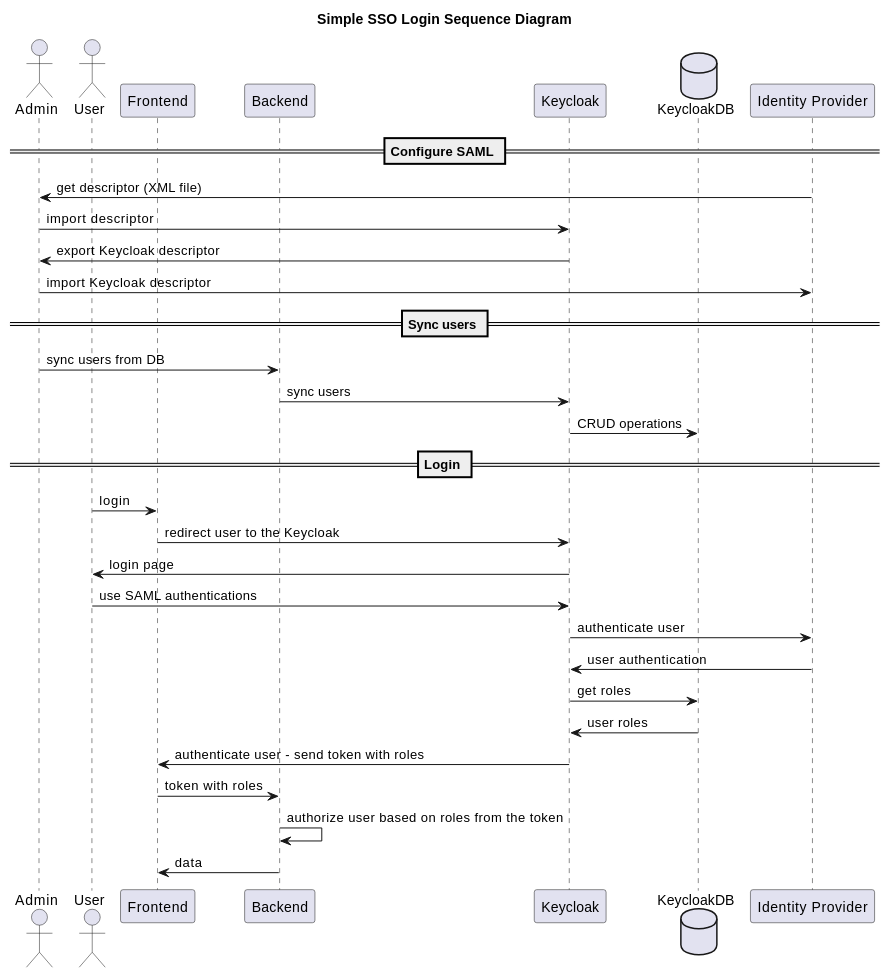
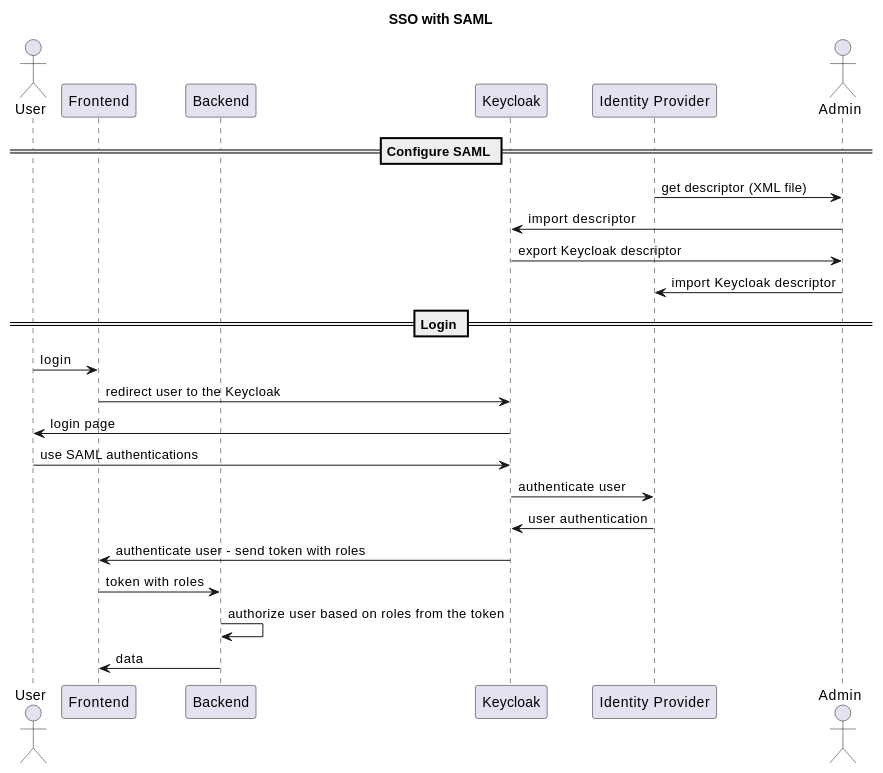
Before and after one commit to ngraczykowski/iris-root: the third of 6 diagrams in modules/webapp/sens-webapp-documentation/src/docs/asciidoc/hld/2020-10-15_auth-process.adoc, drawn with PlantUML. The commit also changed 1 other file, not shown here.

Commit message:
INTERNAL: Update sep-auth to 1.5.0, remove debug profile

```diff
--- a/modules/webapp/sens-webapp-documentation/src/docs/asciidoc/hld/2020-10-15_auth-process.adoc
+++ b/modules/webapp/sens-webapp-documentation/src/docs/asciidoc/hld/2020-10-15_auth-process.adoc
@@ -89,43 +89,43 @@
 [plantuml,Simple-SSO-Login-Sequence-Diagram,svg]
 -----
 @startuml
-title Simple SSO Login Sequence Diagram
+title SSO with SAML
 
-actor Admin
 actor User
 participant Frontend
 participant Backend
 participant Keycloak
-database KeycloakDB
+'database KeycloakDB
 participant idp as "Identity Provider"
+actor Admin
 
 == Configure SAML ==
 
 Admin <- idp : get descriptor (XML file)
 Admin -> Keycloak : import descriptor
 Keycloak -> Admin : export Keycloak descriptor
 Admin -> idp : import Keycloak descriptor
 
-== Sync users ==
-
-Admin -> Backend : sync users from DB
-Backend -> Keycloak : sync users
-Keycloak -> KeycloakDB : CRUD operations
+'== Sync users ==sep
+'
+'Admin -> Backend : sync users from DB
+'Backend -> Keycloak : sync users
+'Keycloak -> KeycloakDB : CRUD operations
 
 == Login ==
 
 User -> Frontend : login
 Frontend -> Keycloak : redirect user to the Keycloak
 Keycloak -> User : login page
 User -> Keycloak : use SAML authentications
 Keycloak -> idp : authenticate user
 idp -> Keycloak : user authentication
-Keycloak -> KeycloakDB: get roles
-KeycloakDB -> Keycloak : user roles
+'Keycloak -> KeycloakDB: get roles
+'KeycloakDB -> Keycloak : user roles
 Keycloak -> Frontend : authenticate user - send token with roles
 Frontend -> Backend : token with roles
 Backend -> Backend : authorize user based on roles from the token
 Backend -> Frontend : data
 
 @enduml
 -----
```
